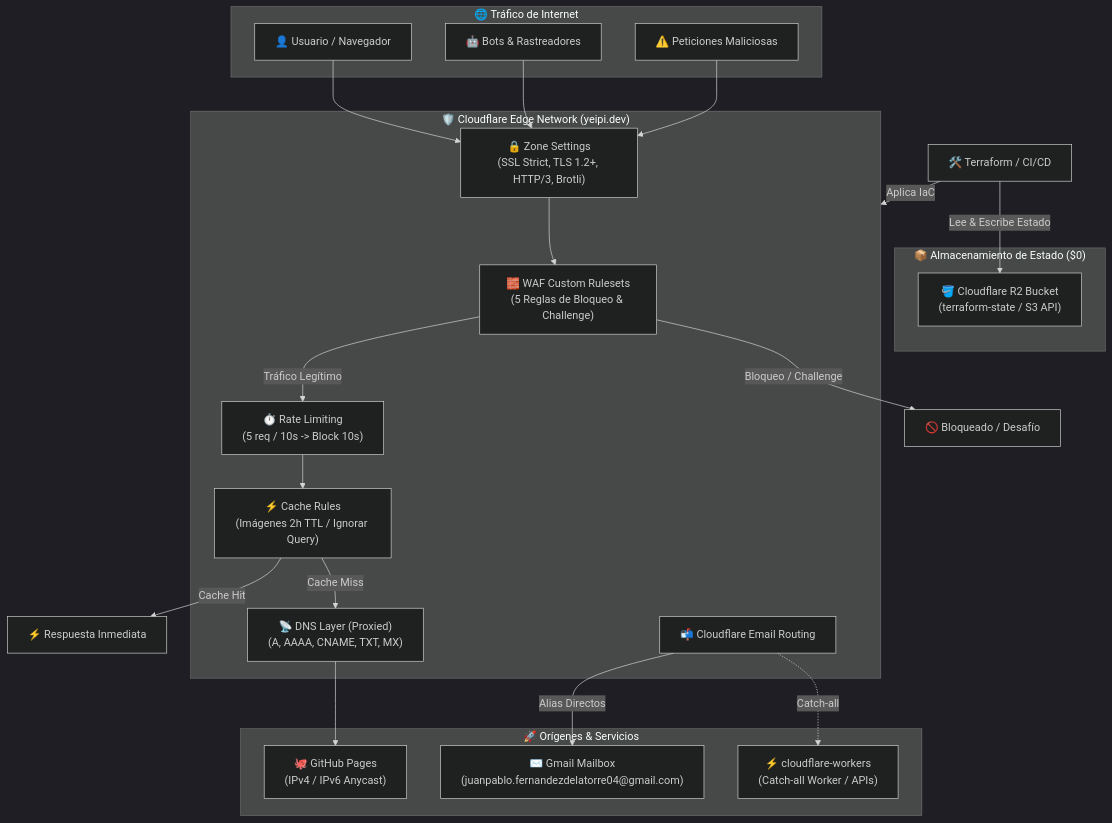
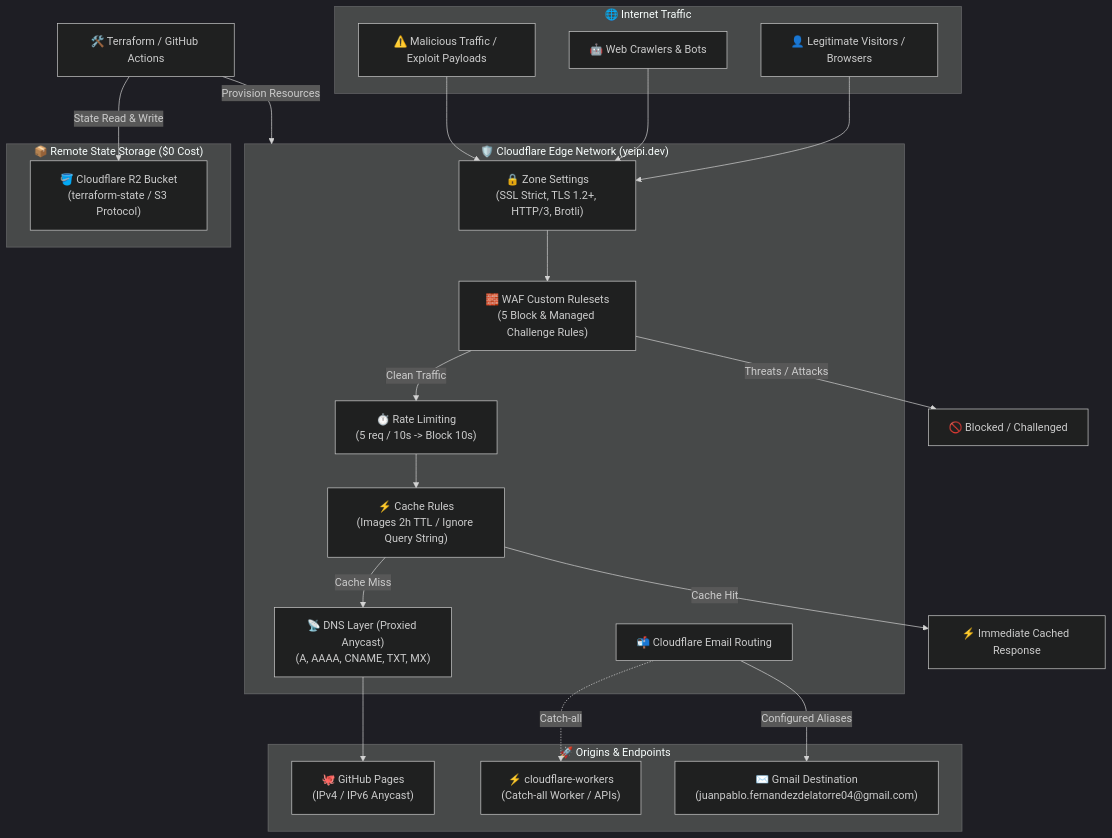
One commit to yeipis/cloudflare-infra changed the diagram in README.md. Above: the diagram before and after it, drawn with Mermaid (dark theme). The commit also changed other lines of this file and 1 other file, not shown here.

````diff
--- a/README.md
+++ b/README.md
@@ -11,46 +11,46 @@
 ```mermaid
 flowchart TD
-    subgraph Internet ["🌐 Tráfico de Internet"]
-        User["👤 Usuario / Navegador"]
-        Crawler["🤖 Bots & Rastreadores"]
-        Attacker["⚠️ Peticiones Maliciosas"]
+    subgraph Internet ["🌐 Internet Traffic"]
+        User["👤 Legitimate Visitors / Browsers"]
+        Crawler["🤖 Web Crawlers & Bots"]
+        Attacker["⚠️ Malicious Traffic / Exploit Payloads"]
     end
 
     subgraph CloudflareEdge ["🛡️ Cloudflare Edge Network (yeipi.dev)"]
-        WAF["🧱 WAF Custom Rulesets\n(5 Reglas de Bloqueo & Challenge)"]
+        ZoneConfig["🔒 Zone Settings\n(SSL Strict, TLS 1.2+, HTTP/3, Brotli)"]
+        WAF["🧱 WAF Custom Rulesets\n(5 Block & Managed Challenge Rules)"]
         RateLimit["⏱️ Rate Limiting\n(5 req / 10s -> Block 10s)"]
-        Cache["⚡ Cache Rules\n(Imágenes 2h TTL / Ignorar Query)"]
-        ZoneConfig["🔒 Zone Settings\n(SSL Strict, TLS 1.2+, HTTP/3, Brotli)"]
-        DNS["📡 DNS Layer (Proxied)\n(A, AAAA, CNAME, TXT, MX)"]
+        Cache["⚡ Cache Rules\n(Images 2h TTL / Ignore Query String)"]
+        DNS["📡 DNS Layer (Proxied Anycast)\n(A, AAAA, CNAME, TXT, MX)"]
         EmailRouter["📬 Cloudflare Email Routing"]
     end
 
-    subgraph Origins ["🚀 Orígenes & Servicios"]
+    subgraph Origins ["🚀 Origins & Endpoints"]
         GHPages["🐙 GitHub Pages\n(IPv4 / IPv6 Anycast)"]
         WorkersRepo["⚡ cloudflare-workers\n(Catch-all Worker / APIs)"]
-        Gmail["✉️ Gmail Mailbox\n(juanpablo.fernandezdelatorre04@gmail.com)"]
+        Gmail["✉️ Gmail Destination\n(juanpablo.fernandezdelatorre04@gmail.com)"]
     end
 
-    subgraph StateStorage ["📦 Almacenamiento de Estado ($0)"]
-        R2["🪣 Cloudflare R2 Bucket\n(terraform-state / S3 API)"]
+    subgraph StateStorage ["📦 Remote State Storage ($0 Cost)"]
+        R2["🪣 Cloudflare R2 Bucket\n(terraform-state / S3 Protocol)"]
     end
 
     User --> ZoneConfig
     Crawler --> ZoneConfig
     Attacker --> ZoneConfig
 
     ZoneConfig --> WAF
-    WAF -- Tráfico Legítimo --> RateLimit
-    WAF -- Bloqueo / Challenge --> Blocked["🚫 Bloqueado / Desafío"]
+    WAF -- Clean Traffic --> RateLimit
+    WAF -- Threats / Attacks --> Blocked["🚫 Blocked / Challenged"]
     
     RateLimit --> Cache
-    Cache -- Cache Hit --> EdgeResponse["⚡ Respuesta Inmediata"]
+    Cache -- Cache Hit --> EdgeResponse["⚡ Immediate Cached Response"]
     Cache -- Cache Miss --> DNS
 
     DNS --> GHPages
-    EmailRouter -- Alias Directos --> Gmail
+    EmailRouter -- Configured Aliases --> Gmail
     EmailRouter -. Catch-all .-> WorkersRepo
 
-    TerraformCLI["🛠️ Terraform / CI/CD"] -->|Lee & Escribe Estado| R2
-    TerraformCLI -->|Aplica IaC| CloudflareEdge
+    TerraformCLI["🛠️ Terraform / GitHub Actions"] -->|State Read & Write| R2
+    TerraformCLI -->|Provision Resources| CloudflareEdge
 ```
````
